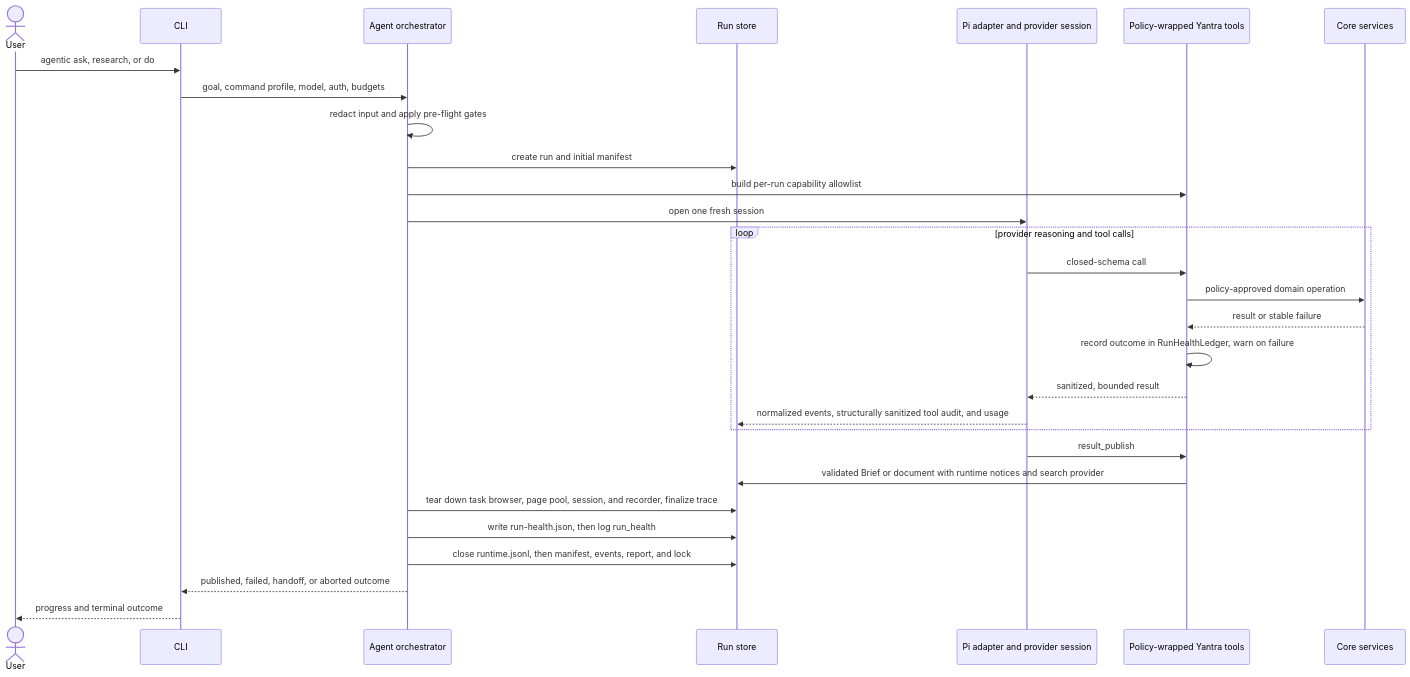
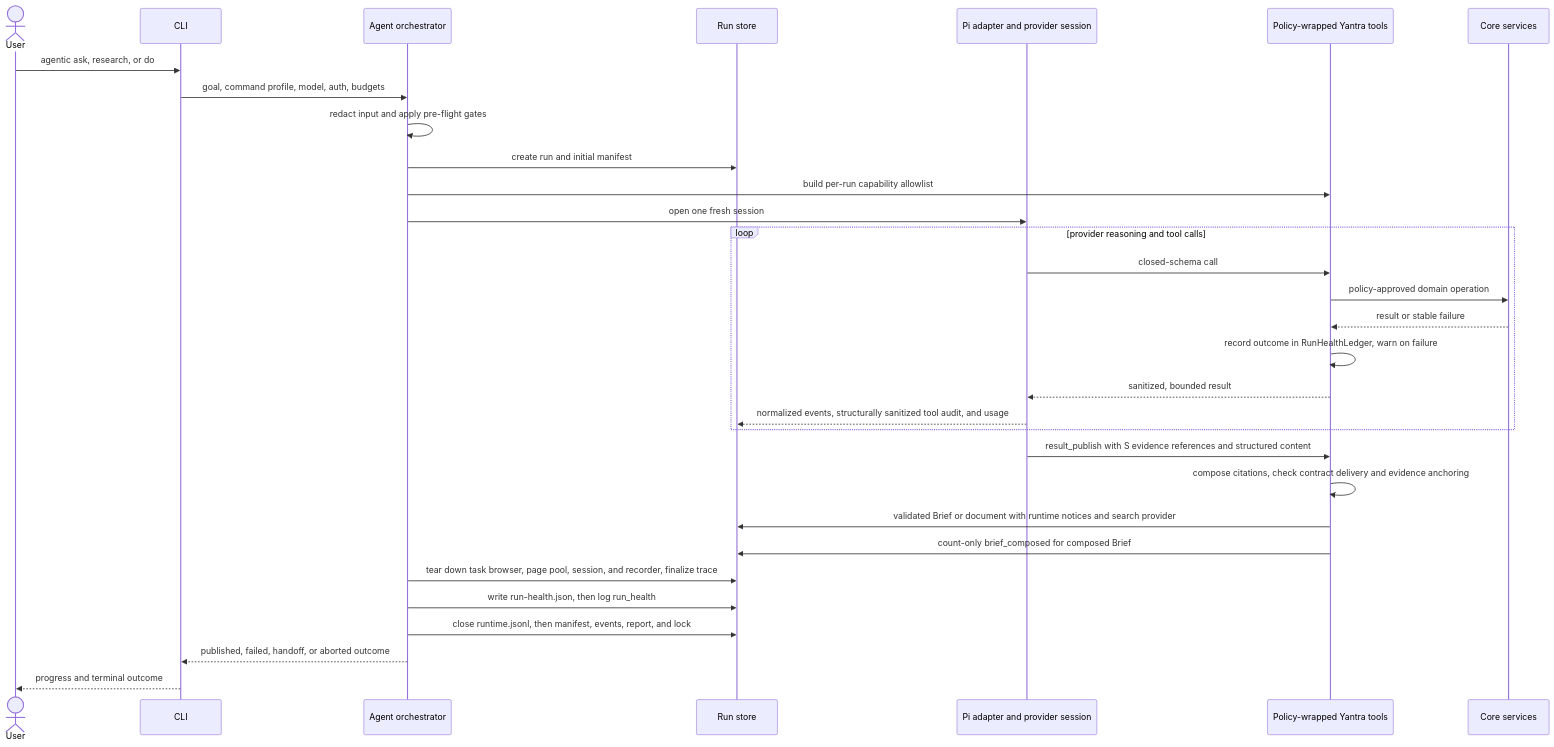
Diagram 20 of 23 in docs/architecture.md (abranjith/yantra), drawn with Mermaid before and after one commit. The commit also changed other lines of this file and 69 other files, not shown here.

First line of the commit message:
FEAT-053: Publish attributed structured results (#5)

````diff
--- a/docs/architecture.md
+++ b/docs/architecture.md
@@ -2051,32 +2130,34 @@
 ```mermaid
 sequenceDiagram
   actor User
   participant CLI
   participant Agent as Agent orchestrator
   participant Run as Run store
   participant Pi as Pi adapter and provider session
   participant Tools as Policy-wrapped Yantra tools
   participant Core as Core services
 
   User->>CLI: agentic ask, research, or do
   CLI->>Agent: goal, command profile, model, auth, budgets
   Agent->>Agent: redact input and apply pre-flight gates
   Agent->>Run: create run and initial manifest
   Agent->>Tools: build per-run capability allowlist
   Agent->>Pi: open one fresh session
   loop provider reasoning and tool calls
     Pi->>Tools: closed-schema call
     Tools->>Core: policy-approved domain operation
     Core-->>Tools: result or stable failure
     Tools->>Tools: record outcome in RunHealthLedger, warn on failure
     Tools-->>Pi: sanitized, bounded result
     Pi-->>Run: normalized events, structurally sanitized tool audit, and usage
   end
-  Pi->>Tools: result_publish
+  Pi->>Tools: result_publish with S evidence references and structured content
+  Tools->>Tools: compose citations, check contract delivery and evidence anchoring
   Tools->>Run: validated Brief or document with runtime notices and search provider
+  Tools->>Run: count-only brief_composed for composed Brief
   Agent->>Run: tear down task browser, page pool, session, and recorder, finalize trace
   Agent->>Run: write run-health.json, then log run_health
   Agent->>Run: close runtime.jsonl, then manifest, events, report, and lock
   Agent-->>CLI: published, failed, handoff, or aborted outcome
   CLI-->>User: progress and terminal outcome
 ```
````
